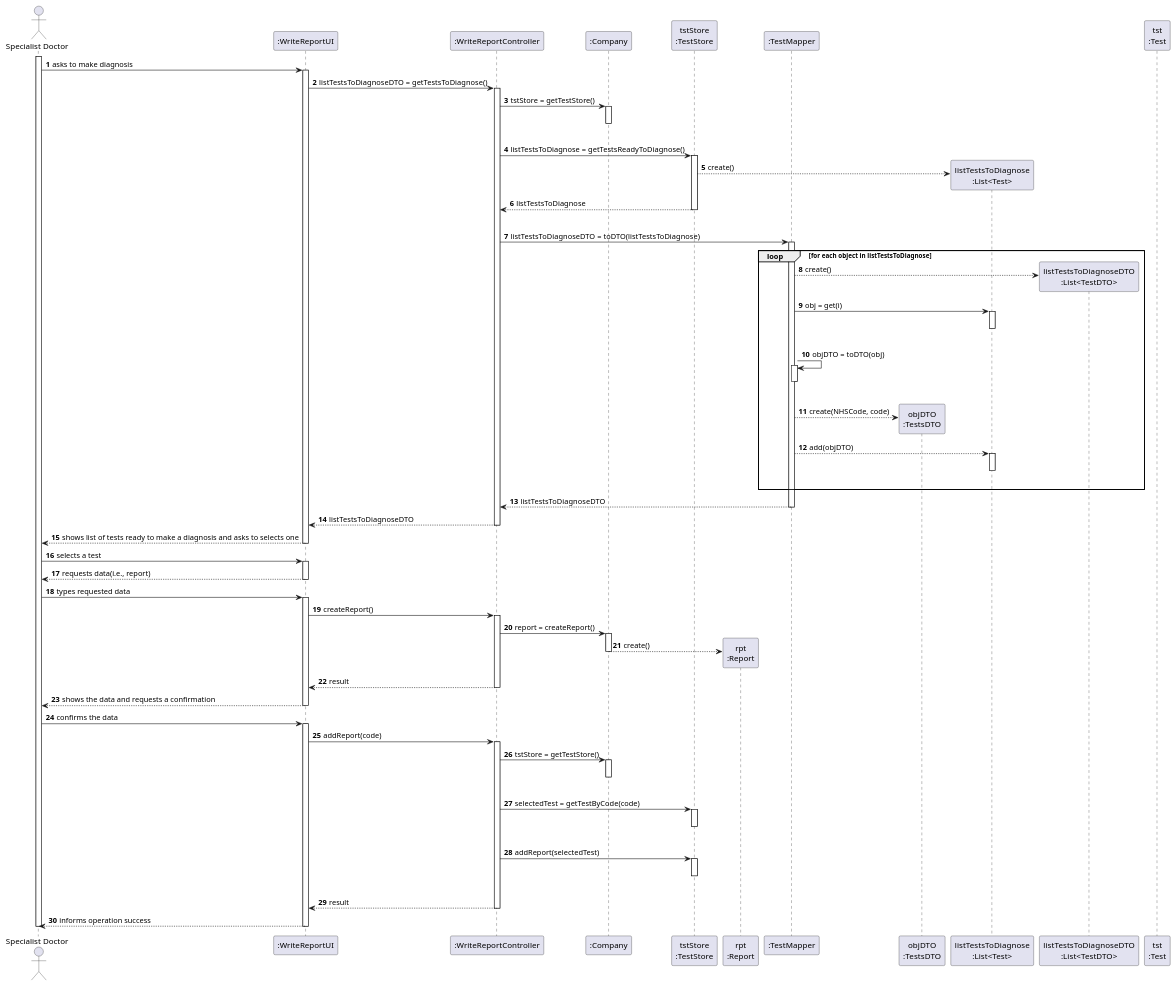
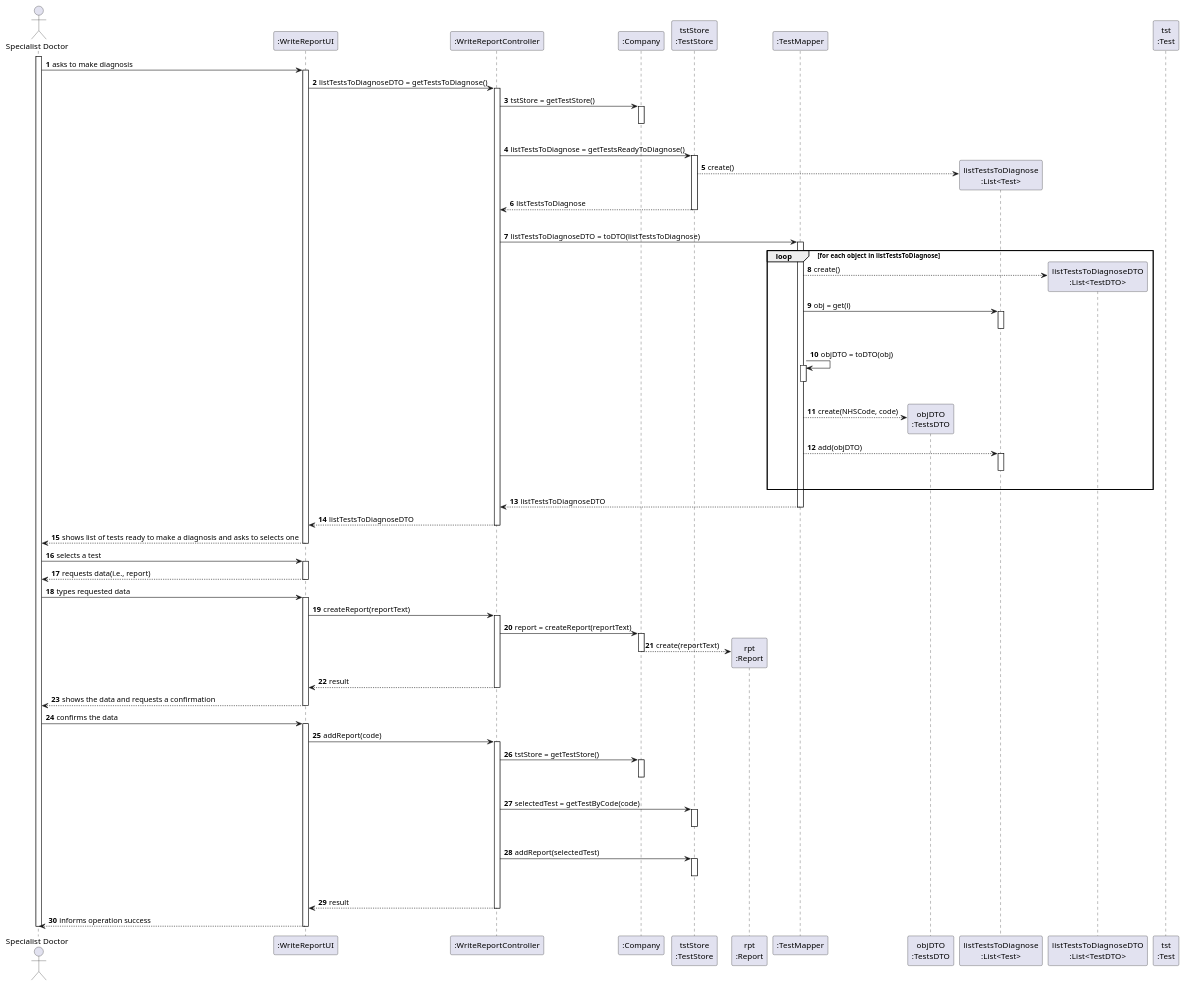
The diagram in docs/SprintC/US_14/US14_SD.puml (ana-albergaria/LAPR2-ISEP), drawn with PlantUML before and after one commit. The commit also changed 3 other files, not shown here.

```diff
--- a/docs/SprintC/US_14/US14_SD.puml
+++ b/docs/SprintC/US_14/US14_SD.puml
@@ -1,122 +1,122 @@
 @startuml
 autonumber
 actor "Specialist Doctor" as SPDT
 
 participant ":WriteReportUI" as UI
 participant ":WriteReportController" as CTRL
 participant ":Company" as CMP
 participant "tstStore\n:TestStore" as TSTSTORE
 participant "rpt\n:Report" as RPT
 participant ":TestMapper" as TSTMAPPER
 participant "objDTO\n:TestsDTO" as OBJ_DTO
 participant "listTestsToDiagnose\n:List<Test>" as LT
 participant "listTestsToDiagnoseDTO\n:List<TestDTO>" as LIST_DTO
 participant "tst\n:Test" as TST
 
 activate SPDT
 SPDT -> UI : asks to make diagnosis
 activate UI
 UI -> CTRL : listTestsToDiagnoseDTO = getTestsToDiagnose()
 activate CTRL
 
 CTRL -> CMP : tstStore = getTestStore()
 activate CMP
 |||
 deactivate CMP
 
 CTRL -> TSTSTORE : listTestsToDiagnose = getTestsReadyToDiagnose()
 activate TSTSTORE
 
 TSTSTORE --> LT** : create()
 TSTSTORE --> CTRL : listTestsToDiagnose
 deactivate TSTSTORE
 |||
 
 CTRL -> TSTMAPPER : listTestsToDiagnoseDTO = toDTO(listTestsToDiagnose)
 activate TSTMAPPER
 
 loop for each object in listTestsToDiagnose
 TSTMAPPER --> LIST_DTO** : create()
 TSTMAPPER -> LT : obj = get(i)
 activate LT
 |||
 deactivate LT
 
 TSTMAPPER -> TSTMAPPER : objDTO = toDTO(obj)
 activate TSTMAPPER
 |||
 deactivate TSTMAPPER
 
 TSTMAPPER --> OBJ_DTO** : create(NHSCode, code)
 
 TSTMAPPER --> LT : add(objDTO)
 activate LT
 |||
 deactivate LT
 end
 
 TSTMAPPER --> CTRL : listTestsToDiagnoseDTO
 deactivate TSTMAPPER
 
 CTRL --> UI : listTestsToDiagnoseDTO
 deactivate CTRL
 
 UI --> SPDT : shows list of tests ready to make a diagnosis and asks to selects one
 deactivate UI
 
 'spdt writes the test code in the UI
 'it uses the test code when adding the report
 
 SPDT -> UI : selects a test
 activate UI
 
 UI --> SPDT : requests data(i.e., report)
 deactivate UI
 
 SPDT -> UI : types requested data
 activate UI
 
-UI -> CTRL : createReport()
+UI -> CTRL : createReport(reportText)
 activate CTRL
 
-CTRL -> CMP : report = createReport()
+CTRL -> CMP : report = createReport(reportText)
 activate CMP
 
-CMP --> RPT** : create()
+CMP --> RPT** : create(reportText)
 deactivate CMP
 
 CTRL --> UI : result
 deactivate CTRL
 UI --> SPDT : shows the data and requests a confirmation
 deactivate UI
 
 SPDT -> UI : confirms the data
 activate UI
 
 UI -> CTRL : addReport(code)
 activate CTRL
 
 CTRL -> CMP : tstStore = getTestStore()
 activate CMP
 |||
 deactivate CMP
 
 CTRL -> TSTSTORE : selectedTest = getTestByCode(code)
 activate TSTSTORE
 |||
 deactivate TSTSTORE
 
 CTRL -> TSTSTORE : addReport(selectedTest)
 activate TSTSTORE
 |||
 deactivate TSTSTORE
 
 CTRL --> UI : result
 deactivate CMP
 deactivate CTRL
 
 UI --> SPDT : informs operation success
 deactivate UI
 deactivate SPDT
 
 @enduml
```
